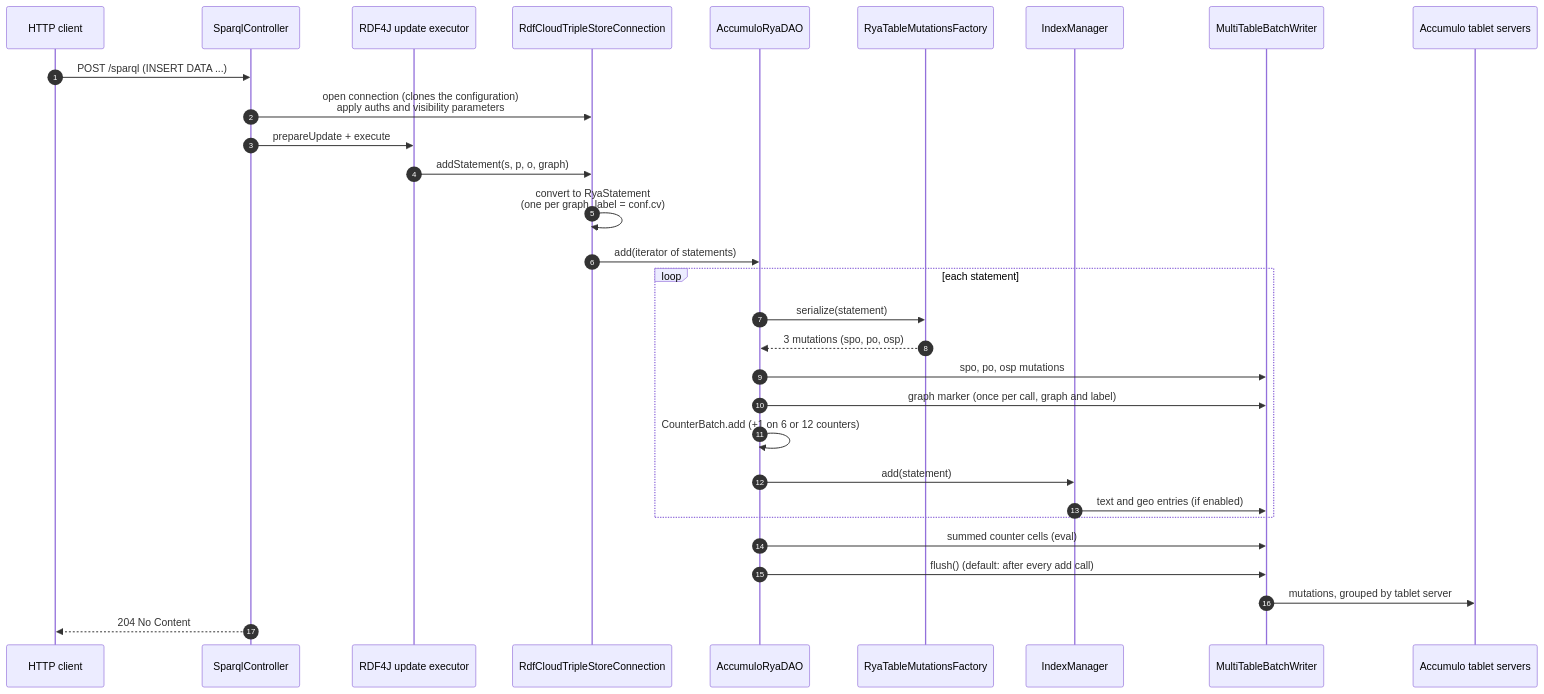
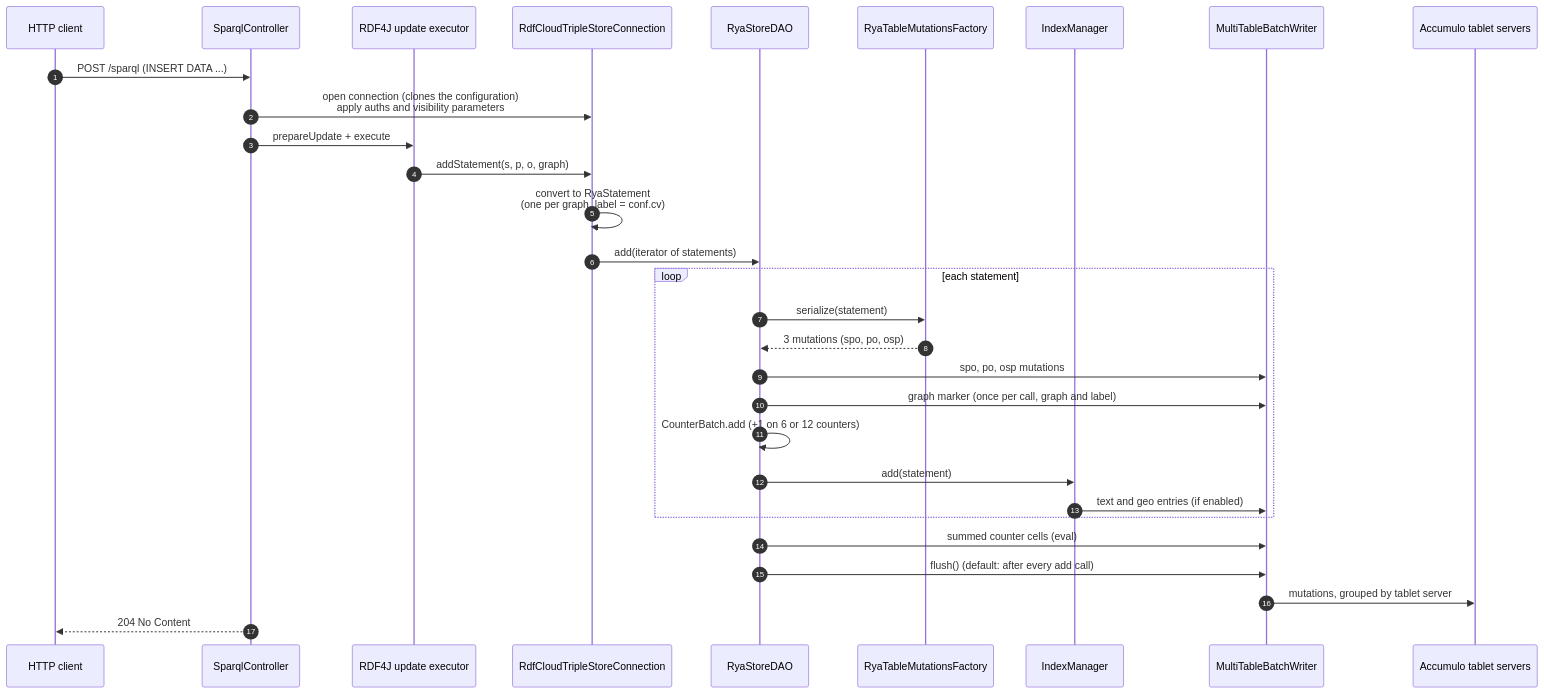
One commit to dgreco/rya-ng changed the seventh of 21 diagrams in ARCH.md. Above: the diagram before and after it, drawn with Mermaid. The commit also changed other lines of this file and 28 other files, not shown here.

````diff
--- a/ARCH.md
+++ b/ARCH.md
@@ -567,32 +575,32 @@
 ```mermaid
 sequenceDiagram
     autonumber
     participant C as HTTP client
     participant SC as SparqlController
     participant U as RDF4J update executor
     participant CN as RdfCloudTripleStoreConnection
-    participant DAO as AccumuloRyaDAO
+    participant DAO as RyaStoreDAO
     participant MF as RyaTableMutationsFactory
     participant IM as IndexManager
     participant W as MultiTableBatchWriter
     participant A as Accumulo tablet servers
     C->>SC: POST /sparql (INSERT DATA ...)
     SC->>CN: open connection (clones the configuration)<br/>apply auths and visibility parameters
     SC->>U: prepareUpdate + execute
     U->>CN: addStatement(s, p, o, graph)
     CN->>CN: convert to RyaStatement<br/>(one per graph, label = conf.cv)
     CN->>DAO: add(iterator of statements)
     loop each statement
         DAO->>MF: serialize(statement)
         MF-->>DAO: 3 mutations (spo, po, osp)
         DAO->>W: spo, po, osp mutations
         DAO->>W: graph marker (once per call, graph and label)
         DAO->>DAO: CounterBatch.add (+1 on 6 or 12 counters)
         DAO->>IM: add(statement)
         IM->>W: text and geo entries (if enabled)
     end
     DAO->>W: summed counter cells (eval)
     DAO->>W: flush() (default: after every add call)
     W->>A: mutations, grouped by tablet server
     SC-->>C: 204 No Content
 ```
````
